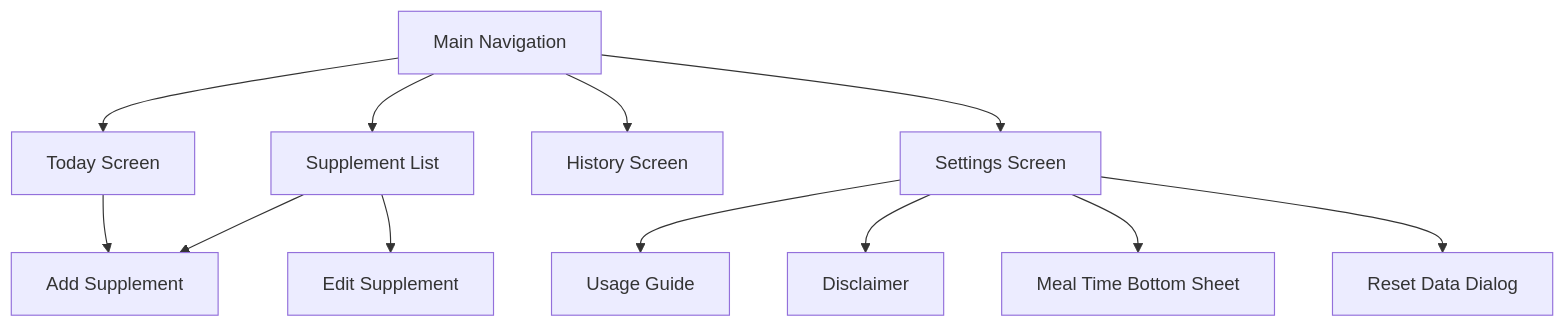
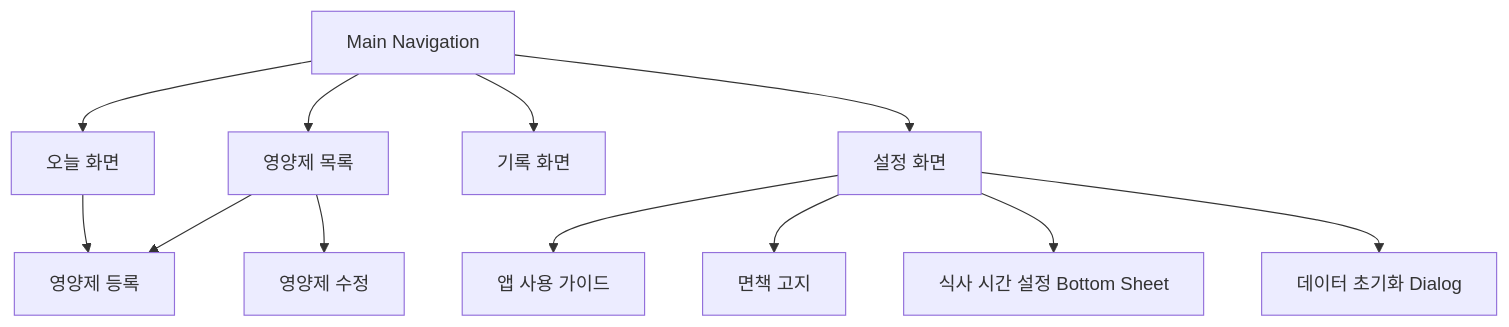
Before and after one commit to Jiyeong-kor/supplement_routine: the second of 2 diagrams in docs/information_architecture.md, drawn with Mermaid. The commit also changed other lines of this file and 17 other files, not shown here.

````diff
--- a/docs/information_architecture.md
+++ b/docs/information_architecture.md
@@ -26,15 +26,15 @@
 ```mermaid
 flowchart TD
-    HOME["Main Navigation"] --> TODAY["Today Screen"]
-    HOME --> SUPP["Supplement List"]
-    HOME --> HIST["History Screen"]
-    HOME --> SET["Settings Screen"]
+    HOME["Main Navigation"] --> TODAY["오늘 화면"]
+    HOME --> SUPP["영양제 목록"]
+    HOME --> HIST["기록 화면"]
+    HOME --> SET["설정 화면"]
 
-    TODAY --> ADD["Add Supplement"]
+    TODAY --> ADD["영양제 등록"]
     SUPP --> ADD
-    SUPP --> EDIT["Edit Supplement"]
-    SET --> GUIDE["Usage Guide"]
-    SET --> DISCLAIMER["Disclaimer"]
-    SET --> MEAL["Meal Time Bottom Sheet"]
-    SET --> RESET["Reset Data Dialog"]
+    SUPP --> EDIT["영양제 수정"]
+    SET --> GUIDE["앱 사용 가이드"]
+    SET --> DISCLAIMER["면책 고지"]
+    SET --> MEAL["식사 시간 설정 Bottom Sheet"]
+    SET --> RESET["데이터 초기화 Dialog"]
 ```
````
